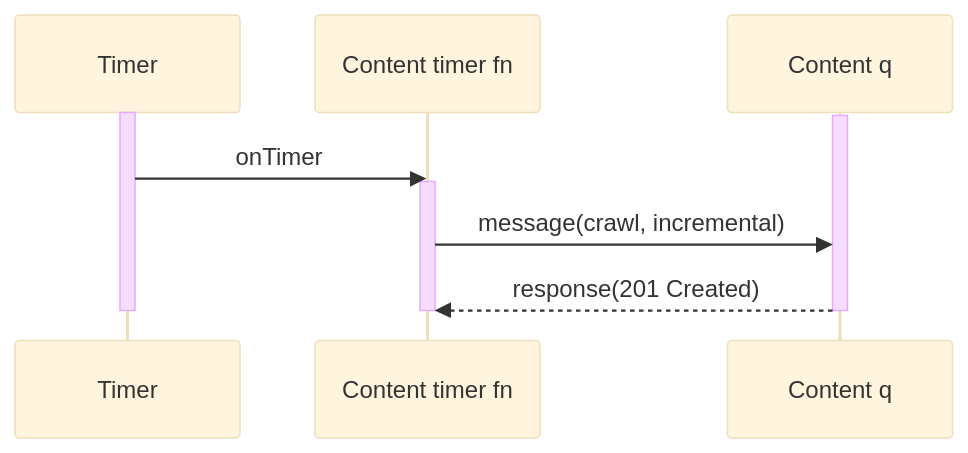
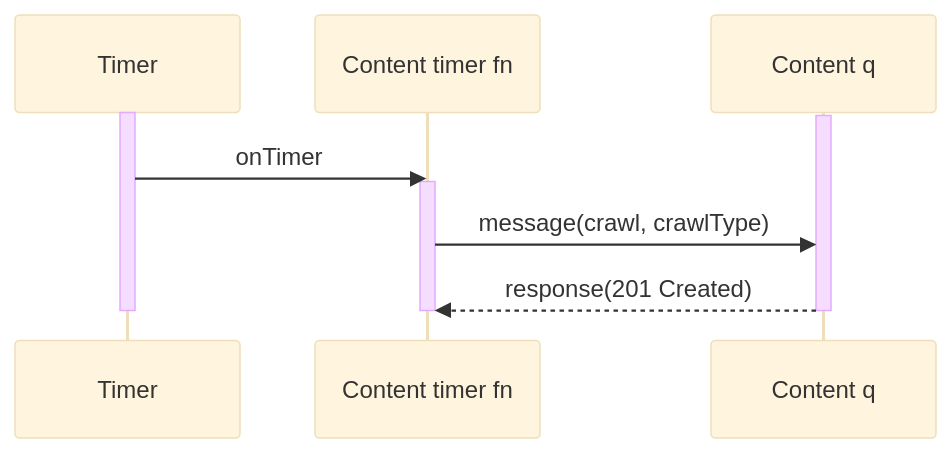
The third of 6 diagrams in readme.md (garrytrinder/food-catalog-graph-connector), drawn with Mermaid (base theme) before and after one commit. The commit also changed other lines of this file, not shown here.

Commit message:
Adds deletion diagram Updates diagrams

````diff
--- a/readme.md
+++ b/readme.md
@@ -125,18 +127,18 @@
 ```mermaid
 sequenceDiagram
   participant Timer
   participant Content timer fn
   participant Content q
   
   activate Timer
   activate Content q
 
   Timer->>Content timer fn:onTimer
   activate Content timer fn
-  Content timer fn->>Content q:message(crawl, incremental)
+  Content timer fn->>Content q:message(crawl, crawlType)
   Content q-->>Content timer fn:response(201 Created)
   deactivate Content timer fn
 
   deactivate Content q
   deactivate Timer
 ```
````
